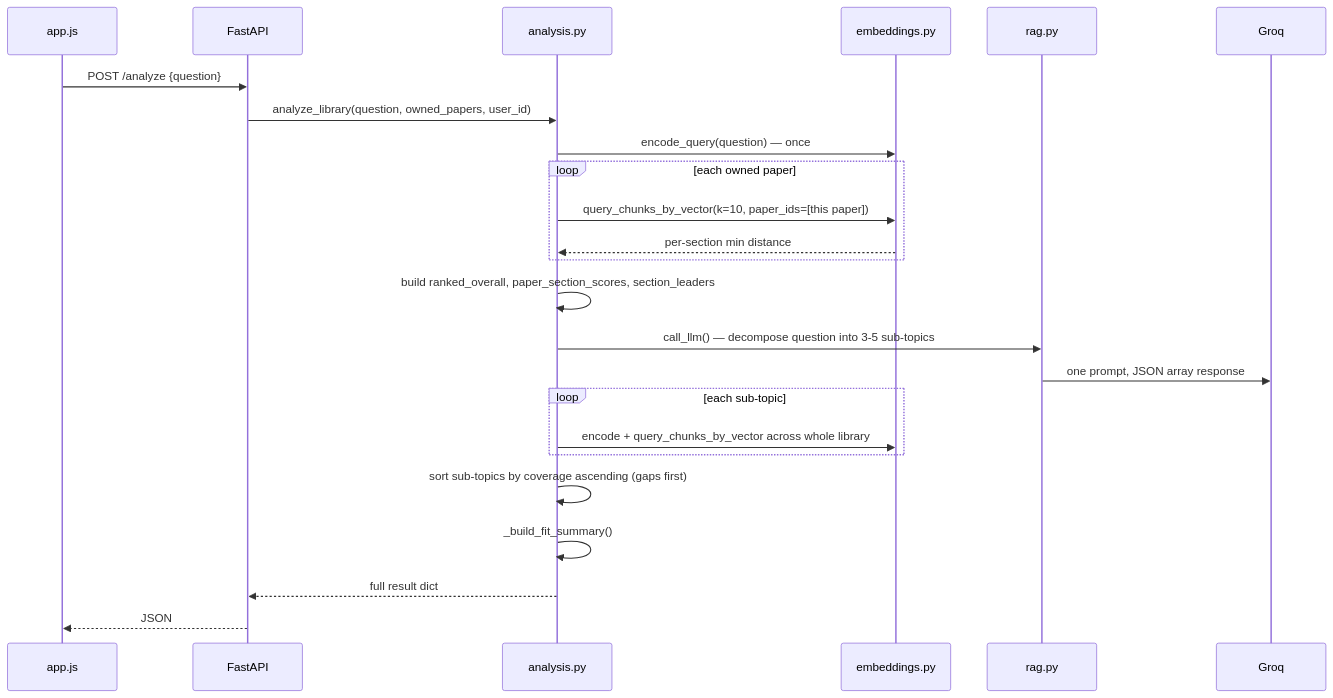
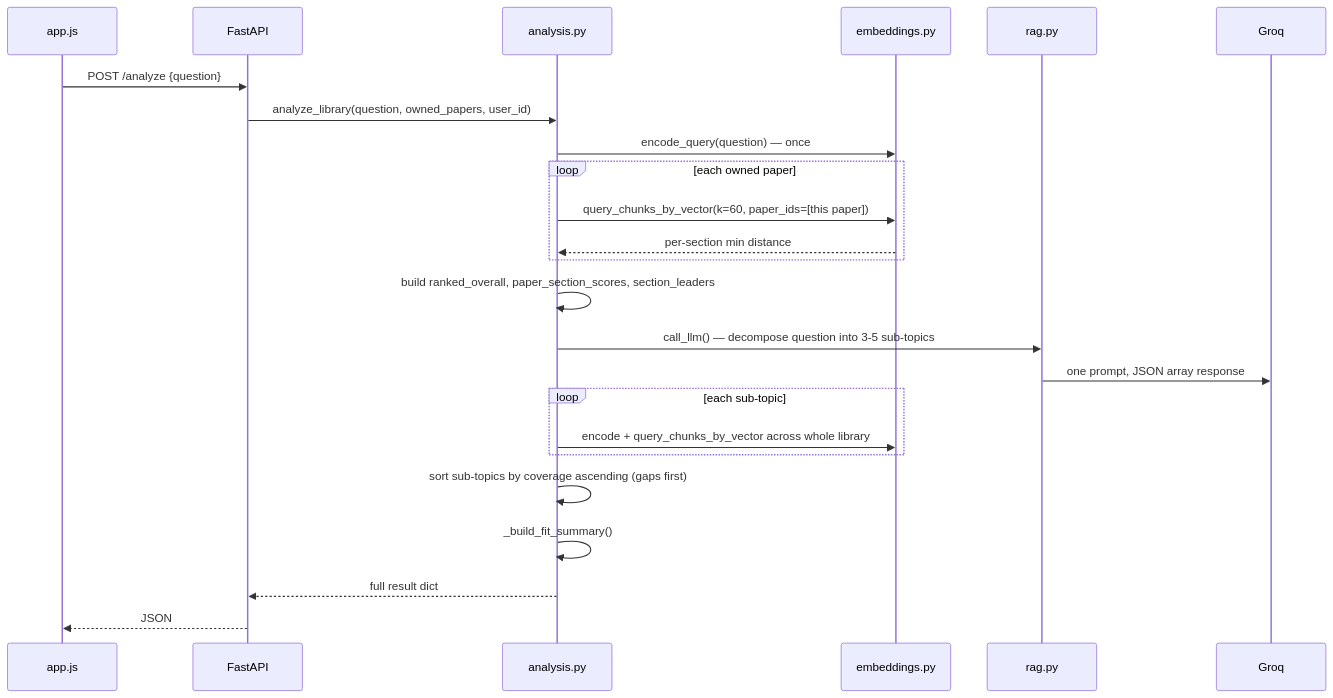
The fifth of 5 diagrams in README.md (MOSHO1133/Echo), drawn with Mermaid before and after one commit. The commit also changed other lines of this file, not shown here.

````diff
--- a/README.md
+++ b/README.md
@@ -304,26 +400,26 @@
 ```mermaid
 sequenceDiagram
     participant F as app.js
     participant A as FastAPI
     participant An as analysis.py
     participant E as embeddings.py
     participant R as rag.py
     participant Gq as Groq
     F->>A: POST /analyze {question}
     A->>An: analyze_library(question, owned_papers, user_id)
     An->>E: encode_query(question) — once
     loop each owned paper
-        An->>E: query_chunks_by_vector(k=10, paper_ids=[this paper])
+        An->>E: query_chunks_by_vector(k=60, paper_ids=[this paper])
         E-->>An: per-section min distance
     end
     An->>An: build ranked_overall, paper_section_scores, section_leaders
     An->>R: call_llm() — decompose question into 3-5 sub-topics
     R->>Gq: one prompt, JSON array response
     loop each sub-topic
         An->>E: encode + query_chunks_by_vector across whole library
     end
     An->>An: sort sub-topics by coverage ascending (gaps first)
     An->>An: _build_fit_summary()
     An-->>A: full result dict
     A-->>F: JSON
 ```
````
